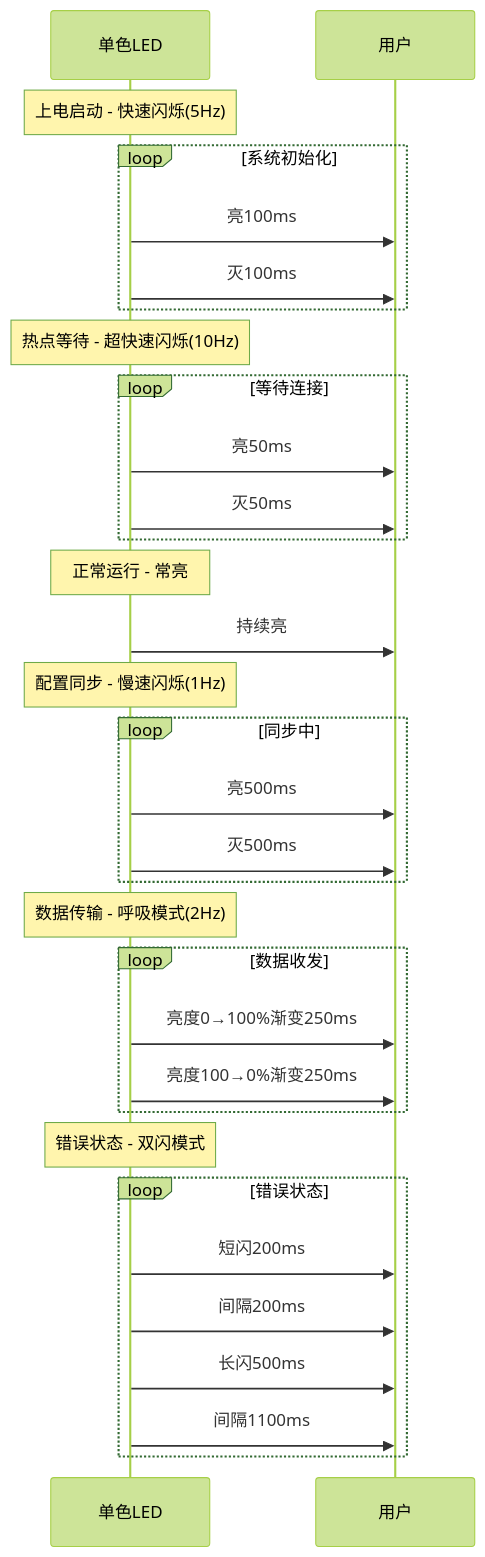
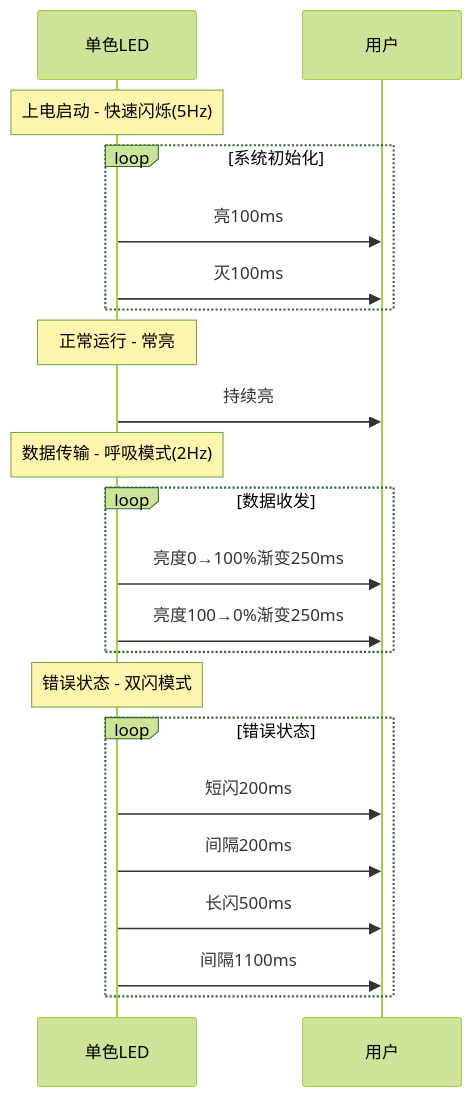
Before and after one commit to davidhoo/WiFly485: the fourth of 4 diagrams in requirements.md, drawn with Mermaid (forest theme). The commit also changed other lines of this file and 1 other file, not shown here.

````diff
--- a/requirements.md
+++ b/requirements.md
@@ -401,40 +230,28 @@
 ```mermaid
 sequenceDiagram
     participant LED as 单色LED
     participant User as 用户
     
     Note over LED: 上电启动 - 快速闪烁(5Hz)
     loop 系统初始化
         LED->>User: 亮100ms
         LED->>User: 灭100ms
     end
     
-    Note over LED: 热点等待 - 超快速闪烁(10Hz)
-    loop 等待连接
-        LED->>User: 亮50ms
-        LED->>User: 灭50ms
-    end
-    
     Note over LED: 正常运行 - 常亮
     LED->>User: 持续亮
-    
-    Note over LED: 配置同步 - 慢速闪烁(1Hz)
-    loop 同步中
-        LED->>User: 亮500ms
-        LED->>User: 灭500ms
-    end
     
     Note over LED: 数据传输 - 呼吸模式(2Hz)
     loop 数据收发
         LED->>User: 亮度0→100%渐变250ms
         LED->>User: 亮度100→0%渐变250ms
     end
     
     Note over LED: 错误状态 - 双闪模式
     loop 错误状态
         LED->>User: 短闪200ms
         LED->>User: 间隔200ms
         LED->>User: 长闪500ms
         LED->>User: 间隔1100ms
     end
 ```
````
